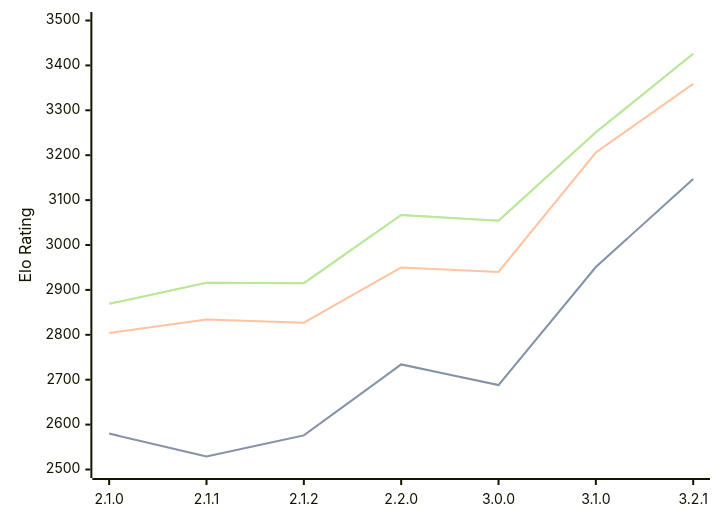
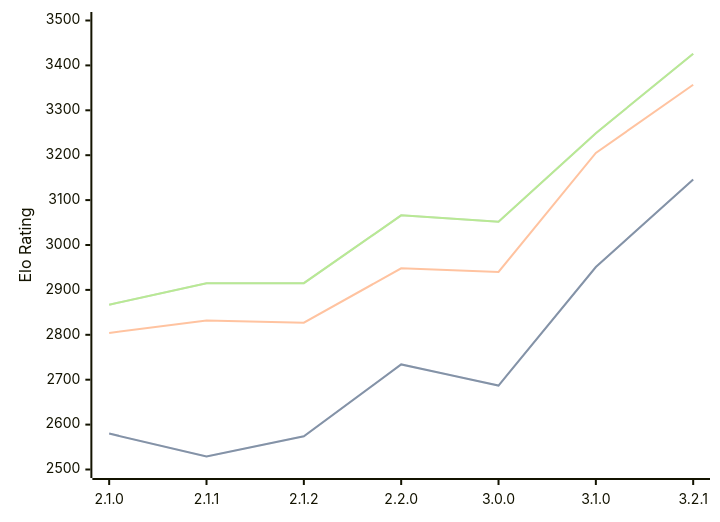
Before and after one commit to computer-chess-index/cci: the diagram in engines/Prune.md, drawn with Mermaid. The commit also changed other lines of this file, not shown here.

Commit message:
Update CCI Ratings (ELO VLTC) - 2026-03-07

````diff
--- a/engines/Prune.md
+++ b/engines/Prune.md
@@ -40,11 +40,11 @@
 ```mermaid
 %%{init: {"theme":"base","themeVariables":{"seriesColors:['#a3a3a3','#222221','#faa371']}}}%%
 xychart-beta
   x-axis ["2.1.0", "2.1.1", "2.1.2", "2.2.0", "3.0.0", "3.1.0", "3.2.1"]
   y-axis "Elo Rating" 2500 --> 3500
-  line "STC (8.0+0.08s)" [2580, 2529, 2576, 2734, 2688, 2951, 3147]
-  line "STC (8.0+0.08s)" [2580, 2529, 2576, 2734, 2688, 2951, 3147]
-  line "LTC (60.0+0.60s)" [2804, 2834, 2827, 2950, 2940, 3206, 3359]
-  line "VLTC (2m24s+1.12s)" [2869, 2916, 2915, 3067, 3054, 3251, 3426]
-  line "VLTC (2m24s+1.12s)" [2869, 2916, 2915, 3067, 3054, 3251, 3426]
+  line "STC (8.0+0.08s)" [2580, 2529, 2574, 2734, 2687, 2951, 3146]
+  line "STC (8.0+0.08s)" [2580, 2529, 2574, 2734, 2687, 2951, 3146]
+  line "LTC (60.0+0.60s)" [2804, 2832, 2827, 2948, 2940, 3205, 3357]
+  line "VLTC (2m24s+1.12s)" [2867, 2915, 2915, 3066, 3052, 3249, 3426]
+  line "VLTC (2m24s+1.12s)" [2867, 2915, 2915, 3066, 3052, 3249, 3426]
 ```
````
